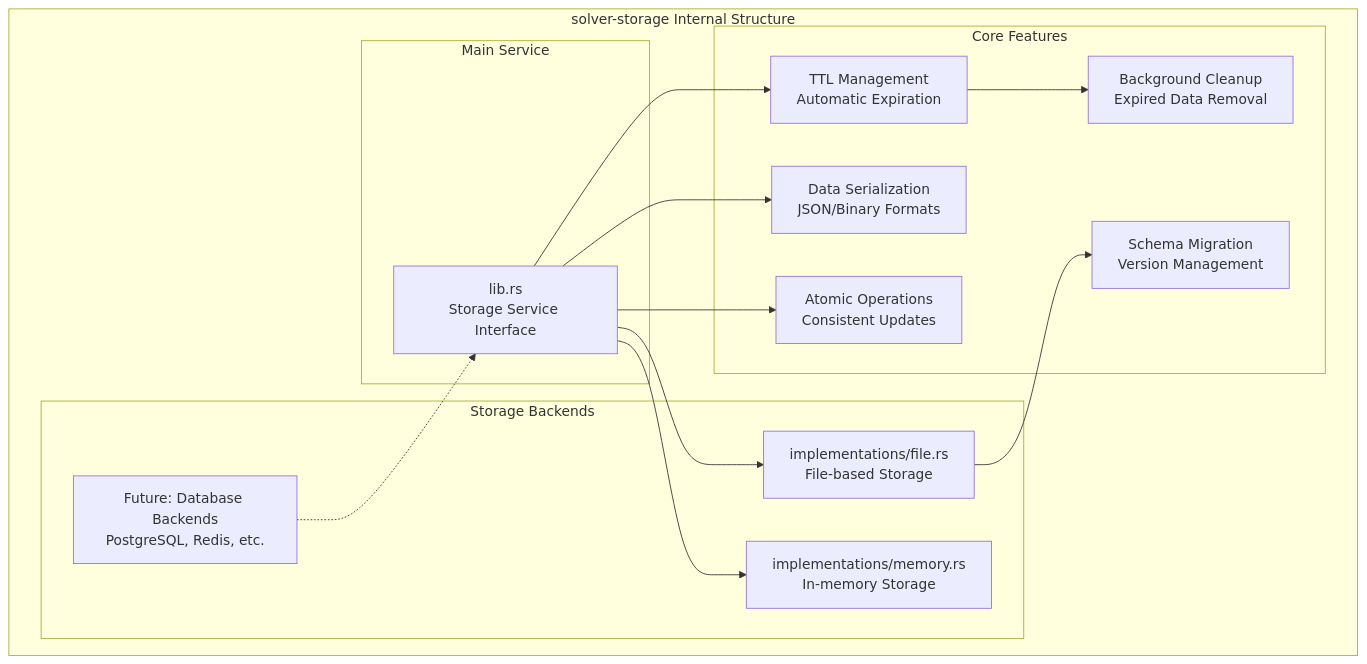
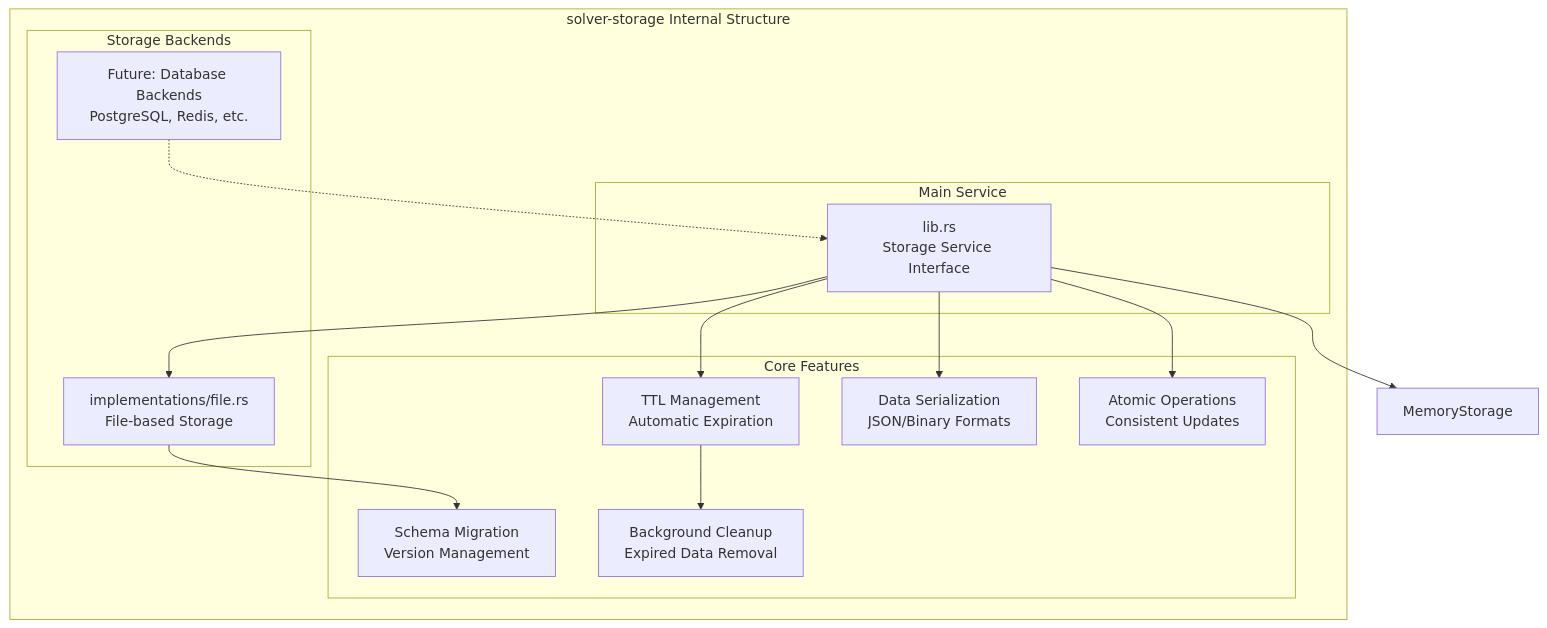
The first of 2 diagrams in docs/developer/crates/solver-storage.md (openintentsframework/oif-solver), drawn with Mermaid before and after one commit. The commit also changed other lines of this file and 9 other files, not shown here.

````diff
--- a/docs/developer/crates/solver-storage.md
+++ b/docs/developer/crates/solver-storage.md
@@ -9,32 +9,31 @@
 ```mermaid
 graph TB
     subgraph "solver-storage Internal Structure"
         subgraph "Main Service"
             StorageService[lib.rs<br/>Storage Service Interface]
         end
 
         subgraph "Storage Backends"
             FileStorage[implementations/file.rs<br/>File-based Storage]
-            MemoryStorage[implementations/memory.rs<br/>In-memory Storage]
             FutureBackends[Future: Database Backends<br/>PostgreSQL, Redis, etc.]
         end
 
         subgraph "Core Features"
             TTLManager[TTL Management<br/>Automatic Expiration]
             Serialization[Data Serialization<br/>JSON/Binary Formats]
             AtomicOps[Atomic Operations<br/>Consistent Updates]
             Migration[Schema Migration<br/>Version Management]
             Cleanup[Background Cleanup<br/>Expired Data Removal]
         end
     end
 
     StorageService --> FileStorage
     StorageService --> MemoryStorage
     StorageService --> TTLManager
     StorageService --> Serialization
     StorageService --> AtomicOps
 
     TTLManager --> Cleanup
     FileStorage --> Migration
     FutureBackends -.-> StorageService
 ```
````
